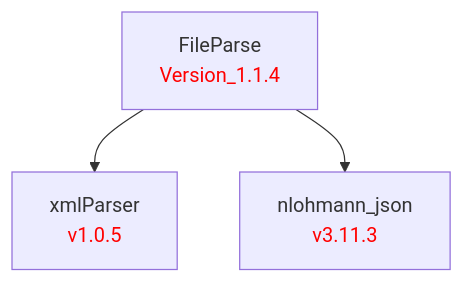
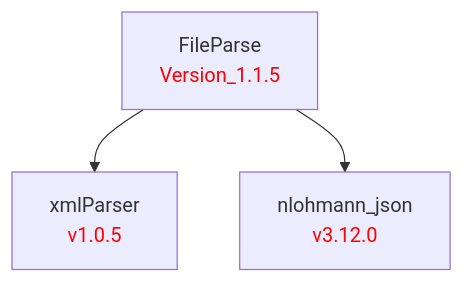
One commit to LBNL-ETA/FileParse changed the diagram in doc/FileParse.md. Above: the diagram before and after it, drawn with Mermaid. The commit also changed 2 other files, not shown here.

Commit message:
Bump to Version_1.1.5; json 3.12.0, googletest 1.17.0; refresh dep chart

````diff
--- a/doc/FileParse.md
+++ b/doc/FileParse.md
@@ -1,11 +1,11 @@
 ```mermaid
 graph TD
     %% Package definitions
     xmlParser[xmlParser<br/><font color='red'>v1.0.5</font>]
-    nlohmann_json[nlohmann_json<br/><font color='red'>v3.11.3</font>]
-    FileParse[FileParse<br/><font color='red'>Version_1.1.4</font>]
+    nlohmann_json[nlohmann_json<br/><font color='red'>v3.12.0</font>]
+    FileParse[FileParse<br/><font color='red'>Version_1.1.5</font>]
 
     %% Package relations
     FileParse --> xmlParser
     FileParse --> nlohmann_json
 ```
````
